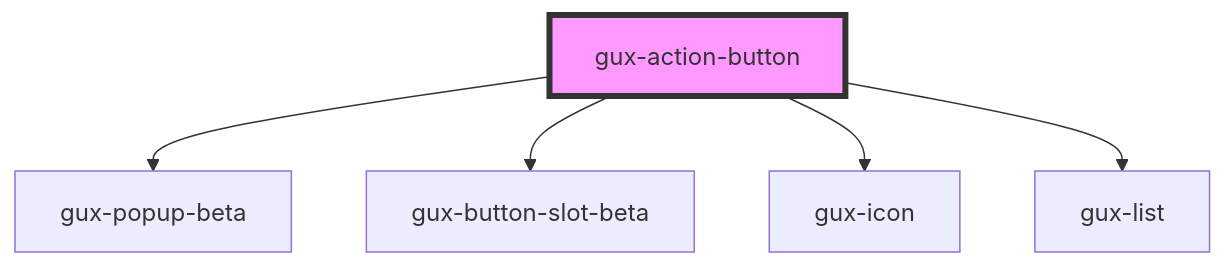
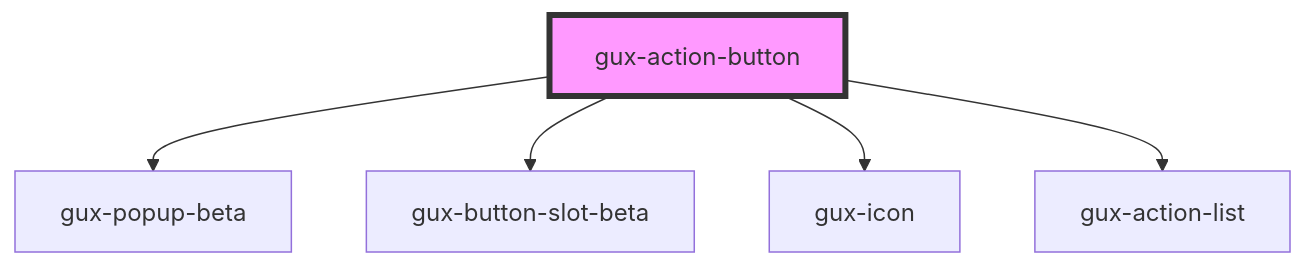
The diagram in src/components/stable/gux-action-button/readme.md (MyPureCloud/genesys-spark), drawn with Mermaid before and after one commit. The commit also changed other lines of this file and 16 other files, not shown here.

First line of the commit message:
fix(gux-action-button): update gux-action-button and gux-button-multi to improve accessibility

````diff
--- a/src/components/stable/gux-action-button/readme.md
+++ b/src/components/stable/gux-action-button/readme.md
@@ -46,8 +46,8 @@
 ```mermaid
 graph TD;
   gux-action-button --> gux-popup-beta
   gux-action-button --> gux-button-slot-beta
   gux-action-button --> gux-icon
-  gux-action-button --> gux-list
+  gux-action-button --> gux-action-list
   style gux-action-button fill:#f9f,stroke:#333,stroke-width:4px
 ```
````
